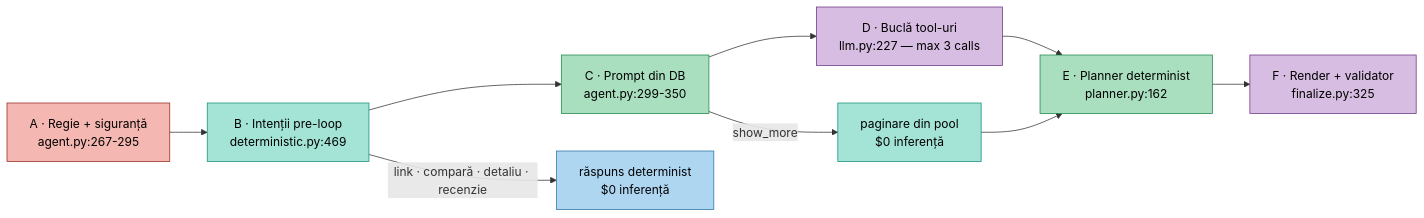
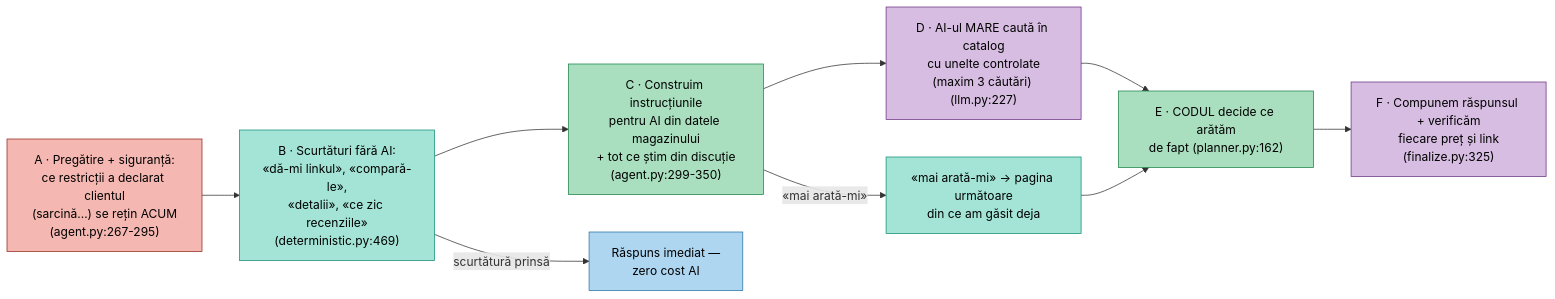
The fifth of 14 diagrams in docs/ARCHITECTURE-WORKFLOWS.md (AdiBoaru/Sales-Ass), drawn with Mermaid before and after one commit. The commit also changed other lines of this file, not shown here.

First line of the commit message:
docs: etichetele diagramelor pe romaneste — chenarul spune CE se intampla

````diff
--- a/docs/ARCHITECTURE-WORKFLOWS.md
+++ b/docs/ARCHITECTURE-WORKFLOWS.md
@@ -521,22 +525,22 @@
 ```mermaid
 flowchart LR
   classDef llm fill:#d7bde2,stroke:#6c3483,color:#000
   classDef free fill:#a3e4d7,stroke:#148f77,color:#000
   classDef step fill:#a9dfbf,stroke:#1e8449,color:#000
   classDef safe fill:#f5b7b1,stroke:#922b21,color:#000
   classDef out fill:#aed6f1,stroke:#2874a6,color:#000
 
-  A["A · Regie + siguranță<br/>agent.py:267-295"]:::safe
-  B["B · Intenții pre-loop<br/>deterministic.py:469"]:::free
-  C["C · Prompt din DB<br/>agent.py:299-350"]:::step
-  D["D · Buclă tool-uri<br/>llm.py:227 — max 3 calls"]:::llm
-  E["E · Planner determinist<br/>planner.py:162"]:::step
-  F["F · Render + validator<br/>finalize.py:325"]:::llm
-  X1["răspuns determinist<br/>$0 inferență"]:::out
-  X2["paginare din pool<br/>$0 inferență"]:::free
+  A["A · Pregătire + siguranță:<br/>ce restricții a declarat clientul<br/>(sarcină...) se rețin ACUM<br/>(agent.py:267-295)"]:::safe
+  B["B · Scurtături fără AI:<br/>«dă-mi linkul», «compară-le»,<br/>«detalii», «ce zic recenziile»<br/>(deterministic.py:469)"]:::free
+  C["C · Construim instrucțiunile<br/>pentru AI din datele magazinului<br/>+ tot ce știm din discuție<br/>(agent.py:299-350)"]:::step
+  D["D · AI-ul MARE caută în catalog<br/>cu unelte controlate<br/>(maxim 3 căutări) (llm.py:227)"]:::llm
+  E["E · CODUL decide ce arătăm<br/>de fapt (planner.py:162)"]:::step
+  F["F · Compunem răspunsul + verificăm<br/>fiecare preț și link<br/>(finalize.py:325)"]:::llm
+  X1["Răspuns imediat —<br/>zero cost AI"]:::out
+  X2["«mai arată-mi» → pagina următoare<br/>din ce am găsit deja"]:::free
 
   A --> B
-  B -- "link · compară · detaliu · recenzie" --> X1
+  B -- "scurtătură prinsă" --> X1
   B --> C --> D --> E --> F
-  C -- show_more --> X2 --> E
+  C -- "«mai arată-mi»" --> X2 --> E
 ```
````
